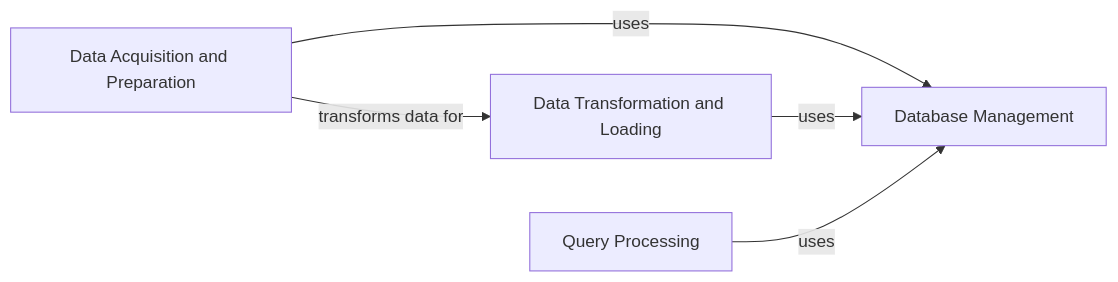
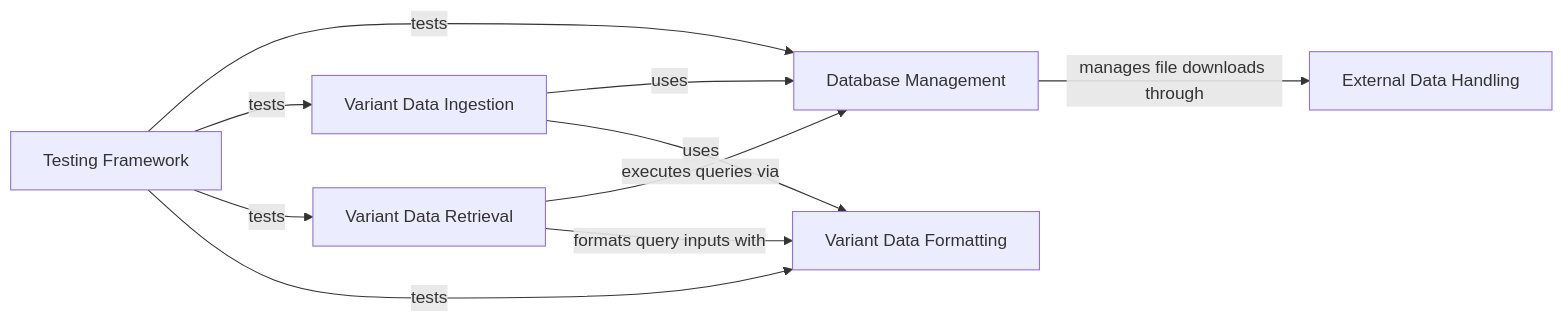
The diagram in gnomAD_DB/on_boarding.md (CodeBoarding/GeneratedOnBoardings), drawn with Mermaid before and after one commit. The commit also changed other lines of this file and 9 other files, not shown here.

````diff
--- a/gnomAD_DB/on_boarding.md
+++ b/gnomAD_DB/on_boarding.md
@@ -1,15 +1,24 @@
 ```mermaid
 graph LR
     Database_Management["Database Management"]
-    Data_Acquisition_and_Preparation["Data Acquisition and Preparation"]
-    Data_Transformation_and_Loading["Data Transformation and Loading"]
-    Query_Processing["Query Processing"]
-    Data_Acquisition_and_Preparation -- "uses" --> Database_Management
-    Data_Transformation_and_Loading -- "uses" --> Database_Management
-    Query_Processing -- "uses" --> Database_Management
-    Data_Acquisition_and_Preparation -- "transforms data for" --> Data_Transformation_and_Loading
+    Variant_Data_Ingestion["Variant Data Ingestion"]
+    Variant_Data_Retrieval["Variant Data Retrieval"]
+    Variant_Data_Formatting["Variant Data Formatting"]
+    External_Data_Handling["External Data Handling"]
+    Testing_Framework["Testing Framework"]
+    Variant_Data_Ingestion -- "uses" --> Database_Management
+    Variant_Data_Ingestion -- "uses" --> Variant_Data_Formatting
+    Variant_Data_Retrieval -- "executes queries via" --> Database_Management
+    Variant_Data_Retrieval -- "formats query inputs with" --> Variant_Data_Formatting
+    Database_Management -- "manages file downloads through" --> External_Data_Handling
+    Testing_Framework -- "tests" --> Database_Management
+    Testing_Framework -- "tests" --> Variant_Data_Ingestion
+    Testing_Framework -- "tests" --> Variant_Data_Retrieval
+    Testing_Framework -- "tests" --> Variant_Data_Formatting
     click Database_Management href "https://github.com/CodeBoarding/GeneratedOnBoardings/blob/main/gnomAD_DB/Database Management.md" "Details"
-    click Data_Acquisition_and_Preparation href "https://github.com/CodeBoarding/GeneratedOnBoardings/blob/main/gnomAD_DB/Data Acquisition and Preparation.md" "Details"
-    click Data_Transformation_and_Loading href "https://github.com/CodeBoarding/GeneratedOnBoardings/blob/main/gnomAD_DB/Data Transformation and Loading.md" "Details"
-    click Query_Processing href "https://github.com/CodeBoarding/GeneratedOnBoardings/blob/main/gnomAD_DB/Query Processing.md" "Details"
+    click Variant_Data_Ingestion href "https://github.com/CodeBoarding/GeneratedOnBoardings/blob/main/gnomAD_DB/Variant Data Ingestion.md" "Details"
+    click Variant_Data_Retrieval href "https://github.com/CodeBoarding/GeneratedOnBoardings/blob/main/gnomAD_DB/Variant Data Retrieval.md" "Details"
+    click Variant_Data_Formatting href "https://github.com/CodeBoarding/GeneratedOnBoardings/blob/main/gnomAD_DB/Variant Data Formatting.md" "Details"
+    click External_Data_Handling href "https://github.com/CodeBoarding/GeneratedOnBoardings/blob/main/gnomAD_DB/External Data Handling.md" "Details"
+    click Testing_Framework href "https://github.com/CodeBoarding/GeneratedOnBoardings/blob/main/gnomAD_DB/Testing Framework.md" "Details"
 ```
````
